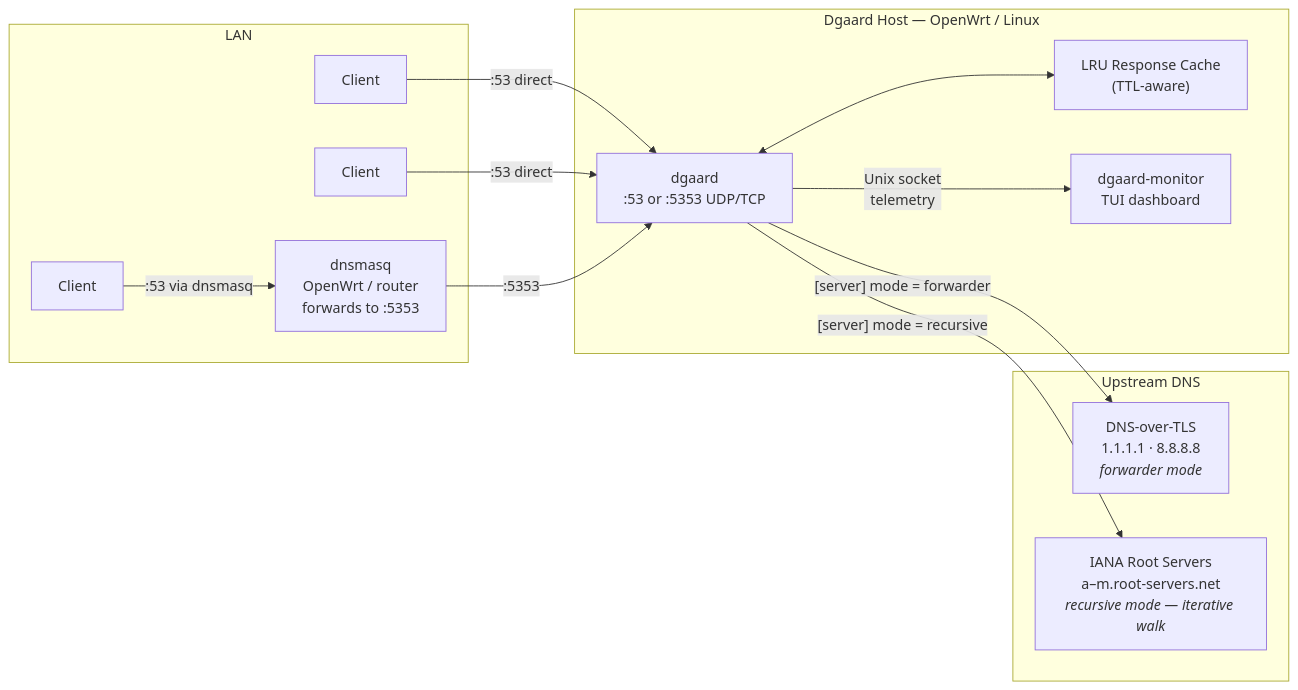
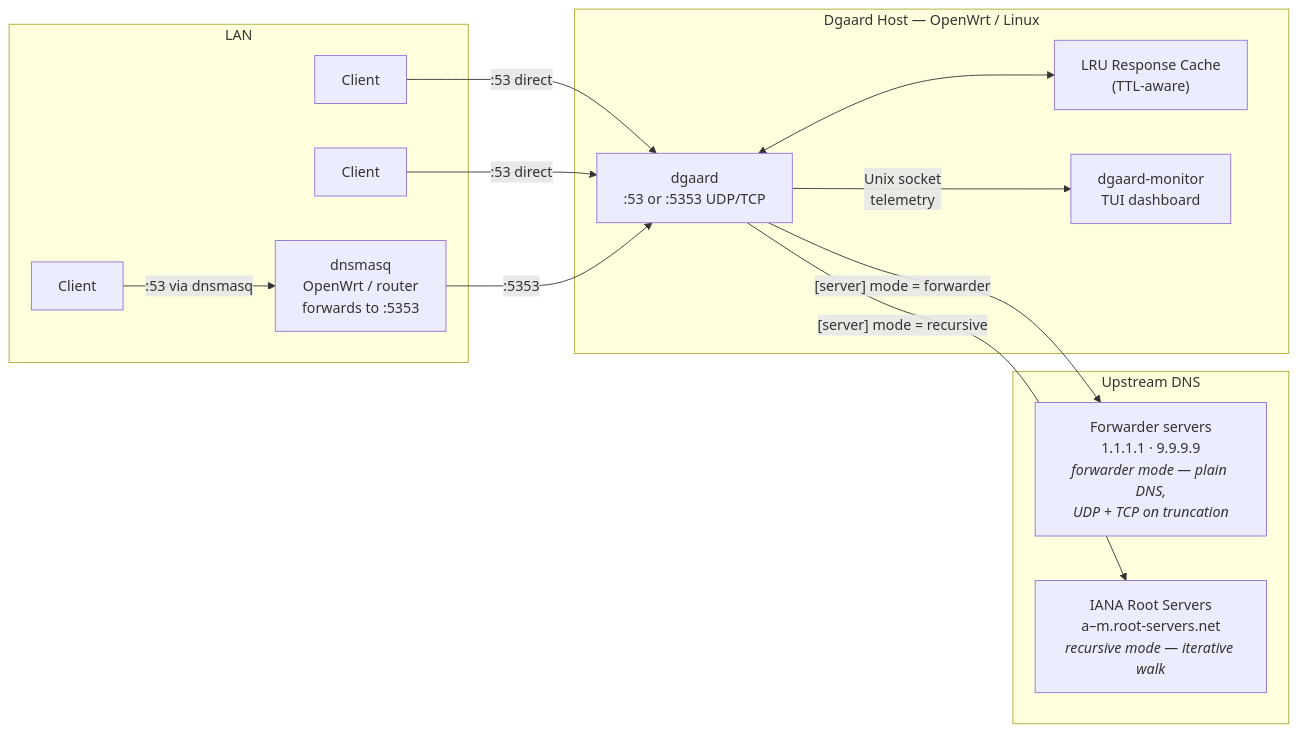
The third of 6 diagrams in docs/Architecture.md (slundi/dgaard), drawn with Mermaid before and after one commit. The commit also changed other lines of this file and 3 other files, not shown here.

````diff
--- a/docs/Architecture.md
+++ b/docs/Architecture.md
@@ -97,29 +97,29 @@
 ```mermaid
 flowchart LR
     subgraph lan["LAN"]
         C1["Client"]
         C2["Client"]
         C3["Client"]
         GW["dnsmasq<br/>OpenWrt / router<br/>forwards to :5353"]
     end
 
     subgraph host["Dgaard Host — OpenWrt / Linux"]
         DG["dgaard<br/>:53 or :5353 UDP/TCP"]
         CACHE["LRU Response Cache<br/>(TTL-aware)"]
         MON["dgaard-monitor<br/>TUI dashboard"]
         DG <--> CACHE
         DG -->|"Unix socket<br/>telemetry"| MON
     end
 
     subgraph up["Upstream DNS"]
-        DOT["DNS-over-TLS<br/>1.1.1.1 · 8.8.8.8<br/><i>forwarder mode</i>"]
+        FWD["Forwarder servers<br/>1.1.1.1 · 9.9.9.9<br/><i>forwarder mode — plain DNS,<br/>UDP + TCP on truncation</i>"]
         ROOT["IANA Root Servers<br/>a–m.root-servers.net<br/><i>recursive mode — iterative walk</i>"]
     end
 
     C1 -->|":53 direct"| DG
     C2 -->|":53 direct"| DG
     C3 -->|":53 via dnsmasq"| GW
     GW  -->|":5353"| DG
-    DG  -->|"[server] mode = forwarder"| DOT
+    DG  -->|"[server] mode = forwarder"| FWD
     DG  -->|"[server] mode = recursive"| ROOT
 ```
````
